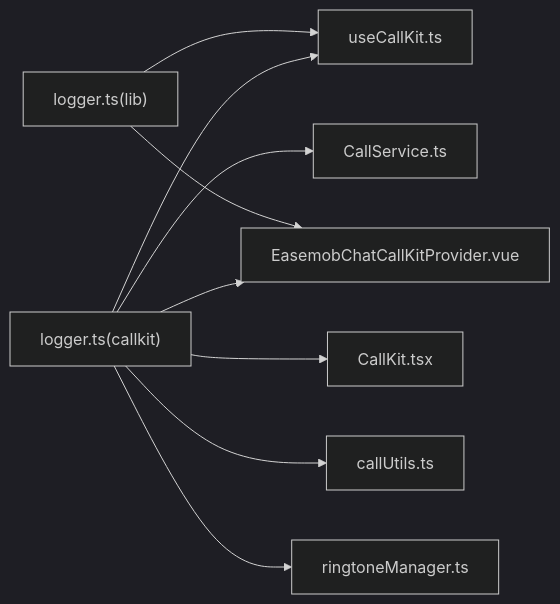
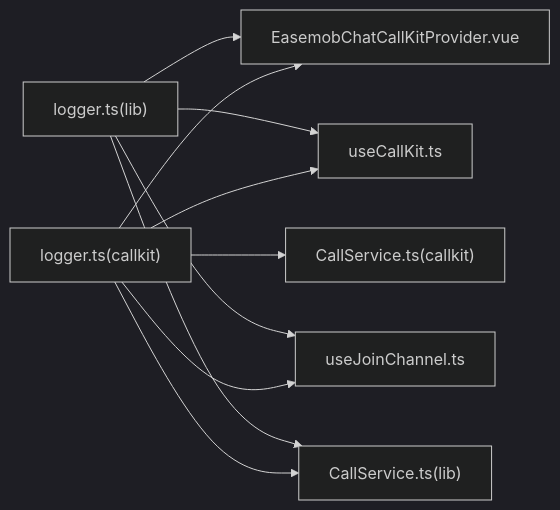
One commit to Easemob-Community/easemob-uikit-callkit-vue3 changed the fifth of 5 diagrams in .qoder/repowiki/zh/content/工具函数/日志管理器.md. Above: the diagram before and after it, drawn with Mermaid (dark theme). The commit also changed other lines of this file and 40 other files, not shown here.

````diff
--- a/.qoder/repowiki/zh/content/工具函数/日志管理器.md
+++ b/.qoder/repowiki/zh/content/工具函数/日志管理器.md
@@ -237,11 +246,12 @@
 ```mermaid
 graph LR
-Logger_callkit["logger.ts(callkit)"] --> Service["CallService.ts"]
+Logger_callkit["logger.ts(callkit)"] --> Provider["EasemobChatCallKitProvider.vue"]
 Logger_callkit --> Composable["useCallKit.ts"]
-Logger_callkit --> Provider["EasemobChatCallKitProvider.vue"]
-Logger_callkit --> Component["CallKit.tsx"]
-Logger_callkit --> Utils["callUtils.ts"]
-Logger_callkit --> Ringtone["ringtoneManager.ts"]
-Logger_lib["logger.ts(lib)"] --> Composable
-Logger_lib --> Provider
+Logger_callkit --> JoinChannel["useJoinChannel.ts"]
+Logger_callkit --> LibService["CallService.ts(lib)"]
+Logger_callkit --> CallService["CallService.ts(callkit)"]
+Logger_lib["logger.ts(lib)"] --> Provider
+Logger_lib --> Composable
+Logger_lib --> JoinChannel
+Logger_lib --> LibService
 ```
````
